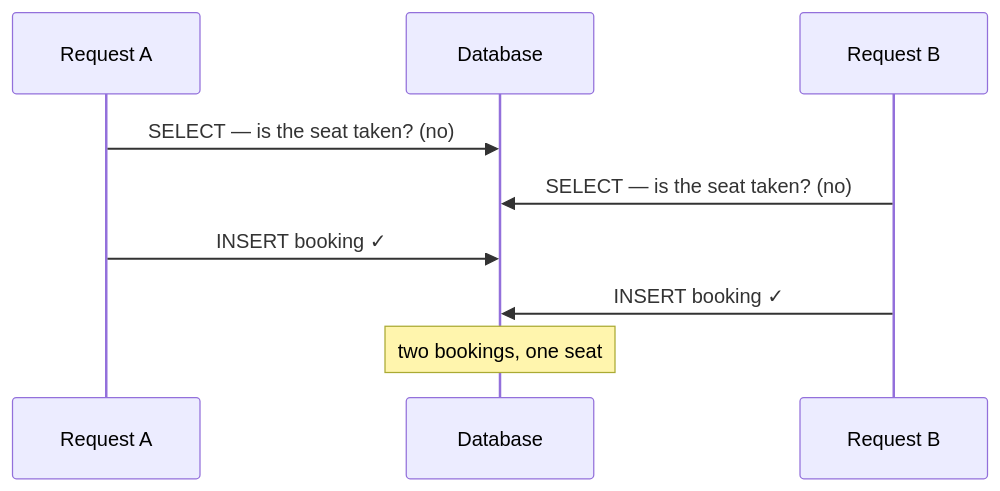
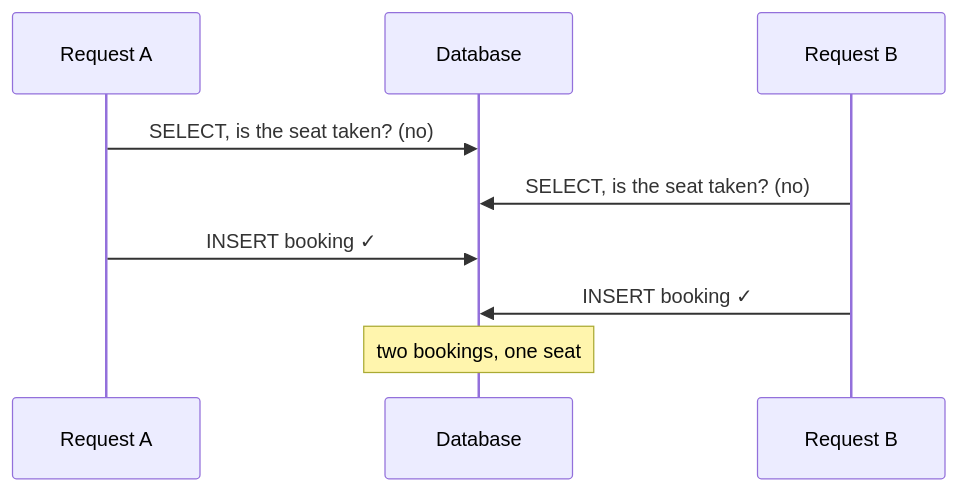
One commit to kukjun/blog changed the diagram in src/content/blog/en/redis-distributed-lock.md. Above: the diagram before and after it, drawn with Mermaid. The commit also changed other lines of this file and 10 other files, not shown here.

````diff
--- a/src/content/blog/en/redis-distributed-lock.md
+++ b/src/content/blog/en/redis-distributed-lock.md
@@ -26,11 +26,11 @@
 ```mermaid
 sequenceDiagram
   participant A as Request A
   participant DB as Database
   participant B as Request B
-  A->>DB: SELECT — is the seat taken? (no)
-  B->>DB: SELECT — is the seat taken? (no)
+  A->>DB: SELECT, is the seat taken? (no)
+  B->>DB: SELECT, is the seat taken? (no)
   A->>DB: INSERT booking ✓
   B->>DB: INSERT booking ✓
   Note over DB: two bookings, one seat
 ```
````
